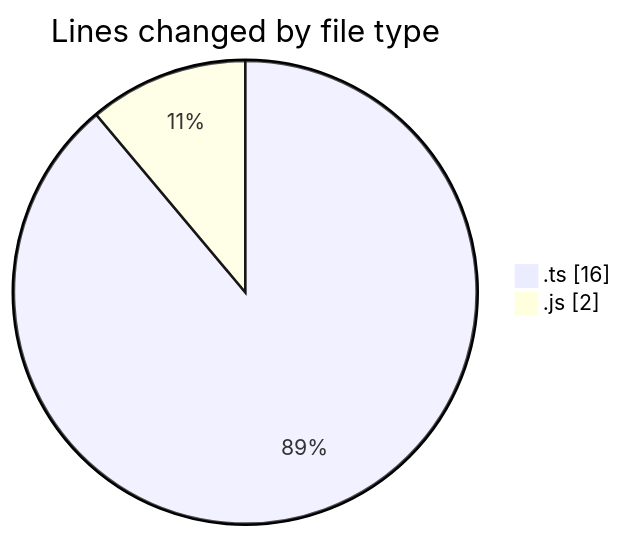
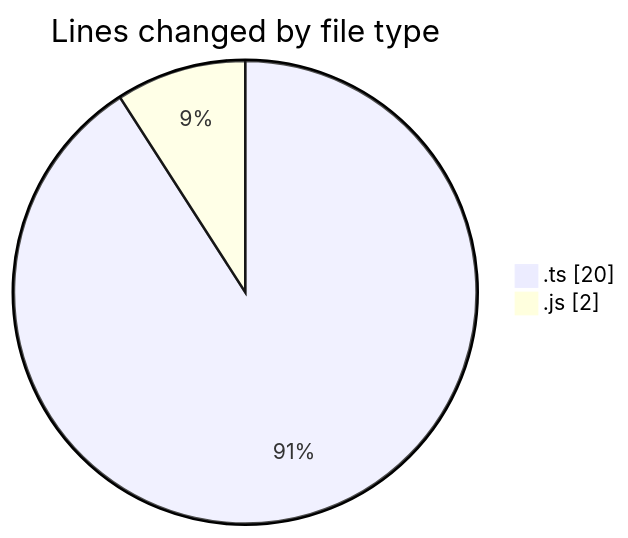
One commit to momahboobian/code-tracking changed the first of 2 diagrams in 2025-02-25/cda/README.md. Above: the diagram before and after it, drawn with Mermaid. The commit also changed other lines of this file and 1 other file, not shown here.

````diff
--- a/2025-02-25/cda/README.md
+++ b/2025-02-25/cda/README.md
@@ -22,6 +22,6 @@
 ```mermaid
 pie showData
 title Lines changed by file type
-".ts" : 16
+".ts" : 20
 ".js" : 2
 ```
````
